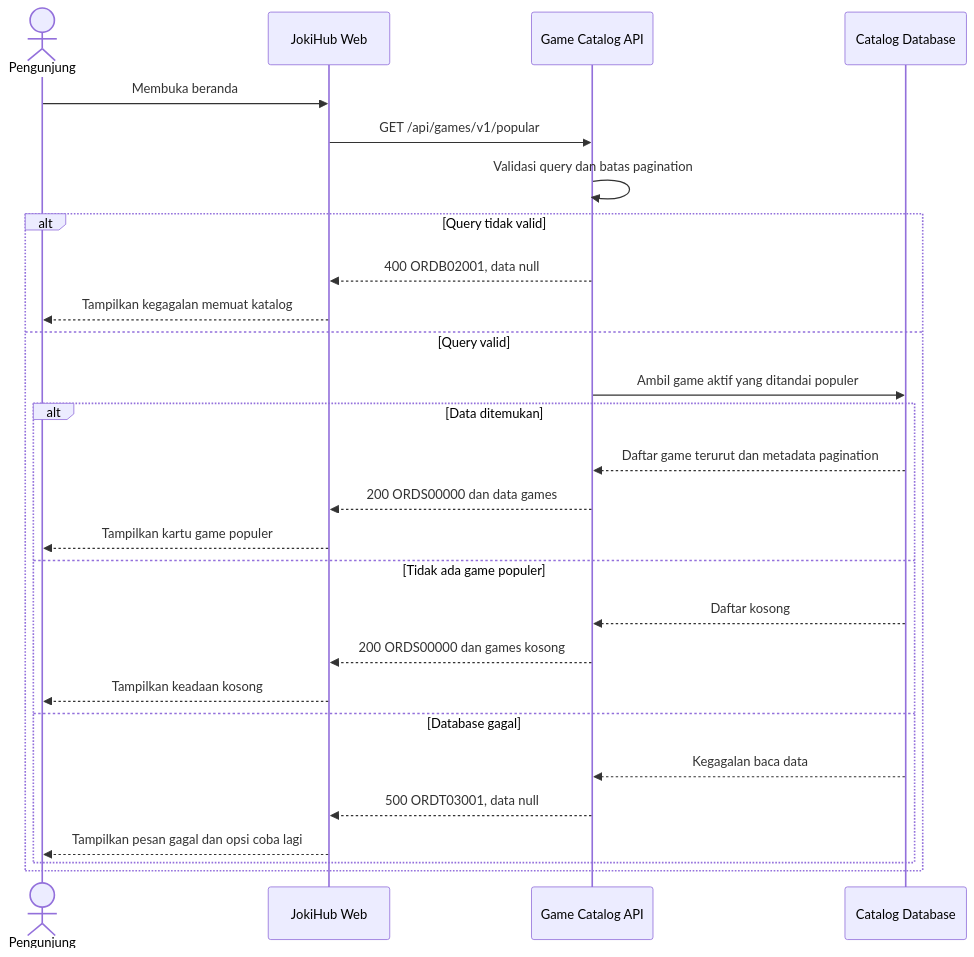
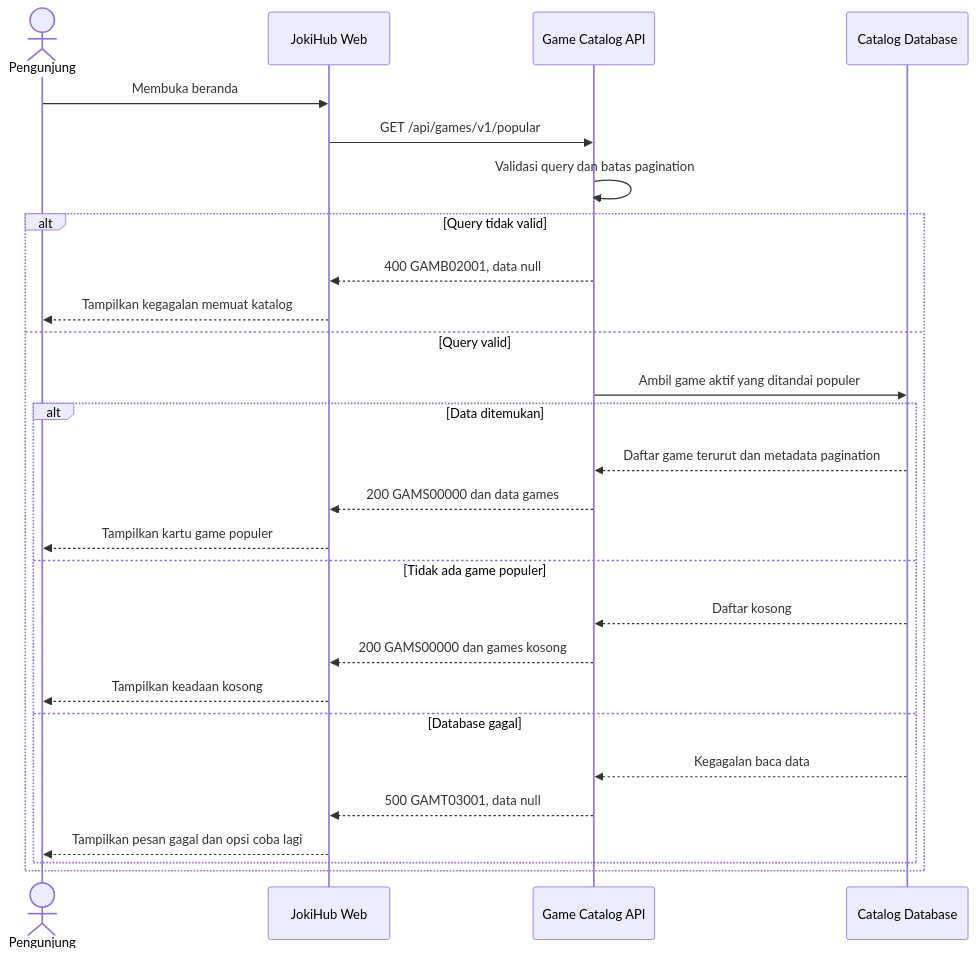
Before and after one commit to fatihmuhamadridho/docs-game-service-platform: the diagram in sprint-1/solutioning/public/games/get-popular-games.md, drawn with Mermaid. The commit also changed other lines of this file and 24 other files, not shown here.

````diff
--- a/sprint-1/solutioning/public/games/get-popular-games.md
+++ b/sprint-1/solutioning/public/games/get-popular-games.md
@@ -14,29 +14,29 @@
 ```mermaid
 sequenceDiagram
     actor User as Pengunjung
     participant Web as JokiHub Web
     participant API as Game Catalog API
     participant DB as Catalog Database
     User->>Web: Membuka beranda
     Web->>API: GET /api/games/v1/popular
     API->>API: Validasi query dan batas pagination
     alt Query tidak valid
-        API-->>Web: 400 ORDB02001, data null
+        API-->>Web: 400 GAMB02001, data null
         Web-->>User: Tampilkan kegagalan memuat katalog
     else Query valid
         API->>DB: Ambil game aktif yang ditandai populer
         alt Data ditemukan
             DB-->>API: Daftar game terurut dan metadata pagination
-            API-->>Web: 200 ORDS00000 dan data games
+            API-->>Web: 200 GAMS00000 dan data games
             Web-->>User: Tampilkan kartu game populer
         else Tidak ada game populer
             DB-->>API: Daftar kosong
-            API-->>Web: 200 ORDS00000 dan games kosong
+            API-->>Web: 200 GAMS00000 dan games kosong
             Web-->>User: Tampilkan keadaan kosong
         else Database gagal
             DB-->>API: Kegagalan baca data
-            API-->>Web: 500 ORDT03001, data null
+            API-->>Web: 500 GAMT03001, data null
             Web-->>User: Tampilkan pesan gagal dan opsi coba lagi
         end
     end
 ```
````
